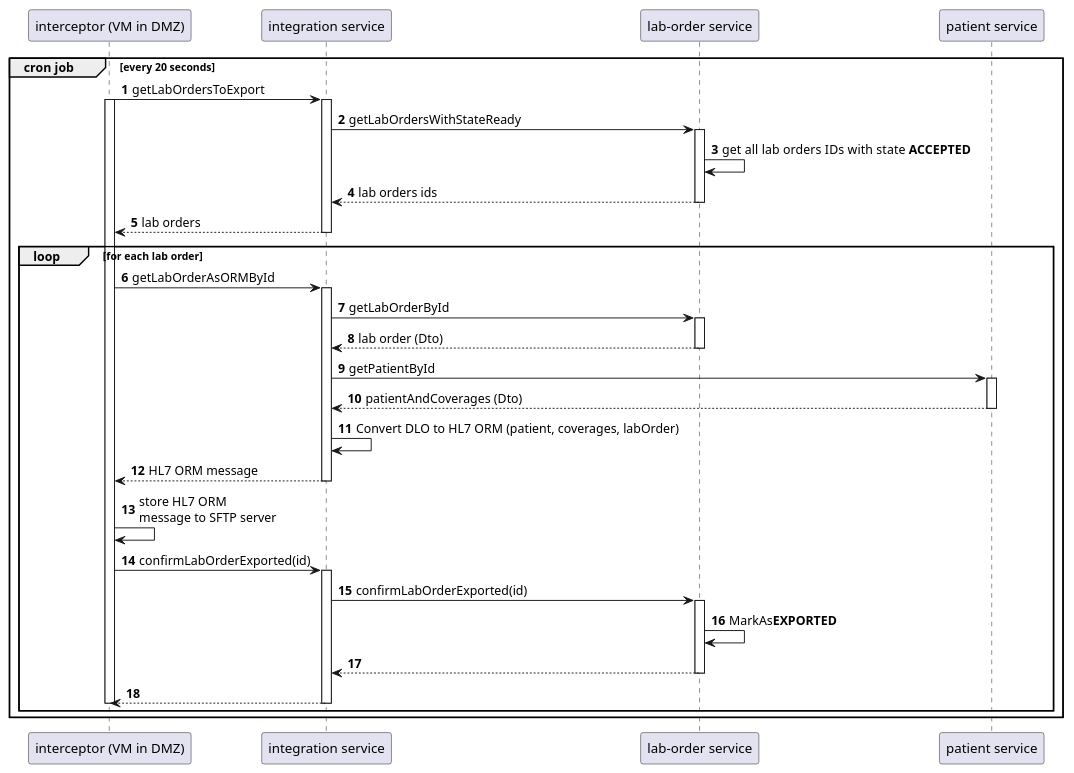
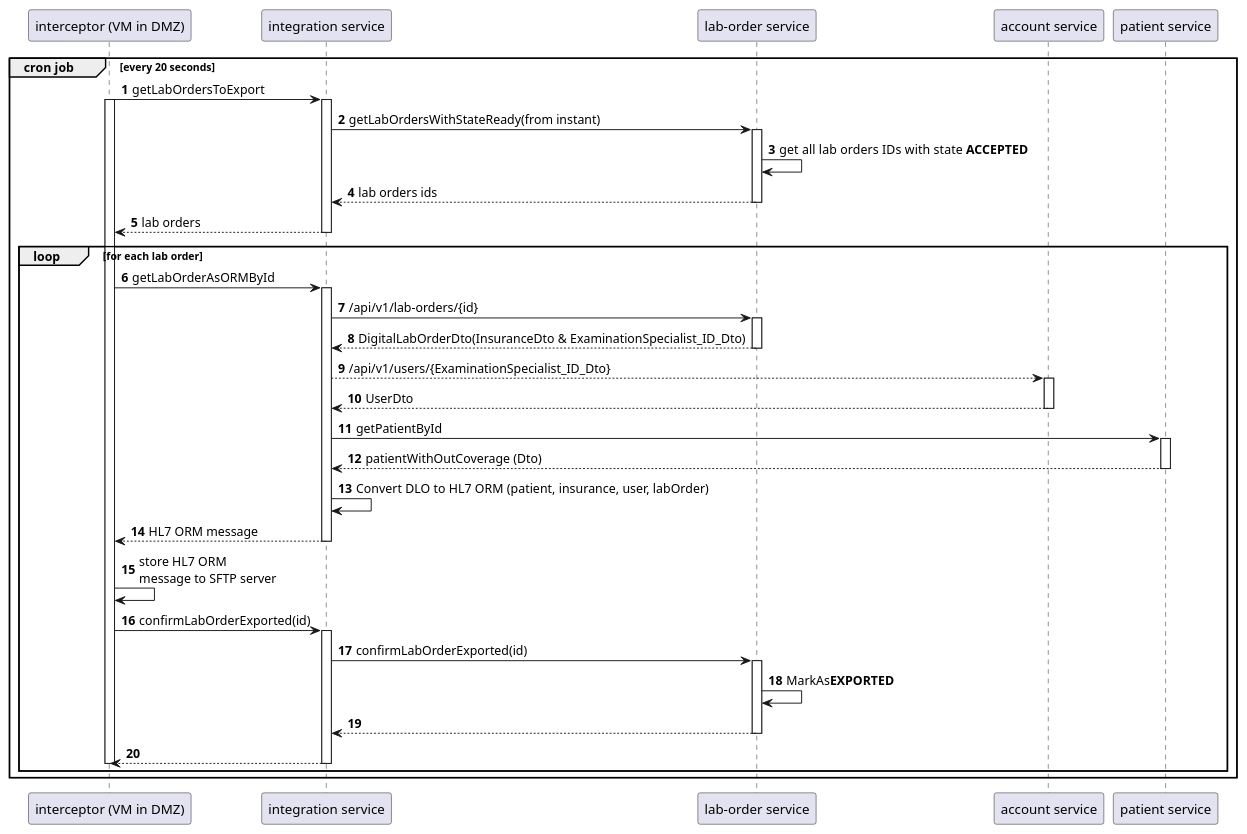
The diagram in export_service/src/plantuml/exportLIS_simple.puml (Qojgjg/playing-java-quarkus-mono), drawn with PlantUML before and after one commit. The commit also changed 22 other files, not shown here.

```diff
--- a/export_service/src/plantuml/exportLIS_simple.puml
+++ b/export_service/src/plantuml/exportLIS_simple.puml
@@ -1,55 +1,56 @@
 @startuml
 'https://plantuml.com/sequence-diagram
 
 autonumber
 
 participant "interceptor (VM in DMZ)" as icp
 participant "integration service" as int
 participant "lab-order service" as lab
+participant "account service" as acc
 participant "patient service" as pat
 
 group cron job [every 20 seconds]
 icp -> int: getLabOrdersToExport
 activate icp
 activate int
-int -> lab: getLabOrdersWithStateReady
+int -> lab: getLabOrdersWithStateReady(from instant)
 activate lab
 lab -> lab: get all lab orders IDs  with state <b>ACCEPTED</b>
 lab --> int: lab orders ids
 deactivate lab
 int --> icp: lab orders
 deactivate int
 loop for each lab order
 icp -> int: getLabOrderAsORMById
 activate int
-int -> lab: getLabOrderById
+int -> lab: /api/v1/lab-orders/{id}
 activate lab
-
-lab --> int: lab order (Dto)
+lab --> int: DigitalLabOrderDto(InsuranceDto & ExaminationSpecialist_ID_Dto) 
 deactivate lab
+int --> acc: /api/v1/users/{ExaminationSpecialist_ID_Dto} 
+activate acc
+acc--> int: UserDto
+deactivate acc
 int -> pat: getPatientById
 activate pat
-pat --> int: patientAndCoverages (Dto)
+pat --> int: patientWithOutCoverage (Dto)
 deactivate pat
-
-int -> int: Convert DLO to HL7 ORM (patient, coverages, labOrder)
-
-
+int -> int: Convert DLO to HL7 ORM (patient, insurance, user, labOrder)
 int --> icp: HL7 ORM message
 deactivate int
 icp -> icp: store HL7 ORM \nmessage to SFTP server
 icp -> int: confirmLabOrderExported(id)
 activate int
 int -> lab: confirmLabOrderExported(id)
 activate lab
 lab -> lab: MarkAs<b>EXPORTED</b>
 lab --> int
 deactivate lab
 int --> icp
 deactivate int
 deactivate icp
 
 end
 end
 
 @enduml
```
